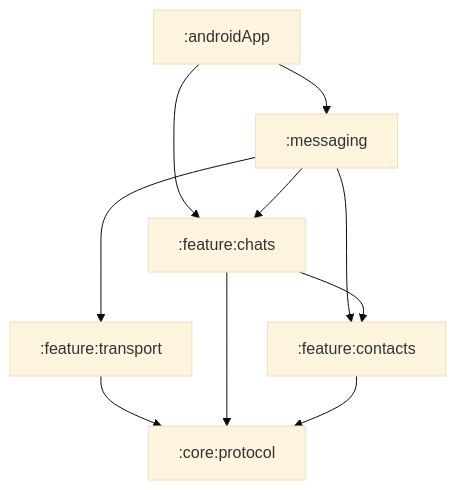
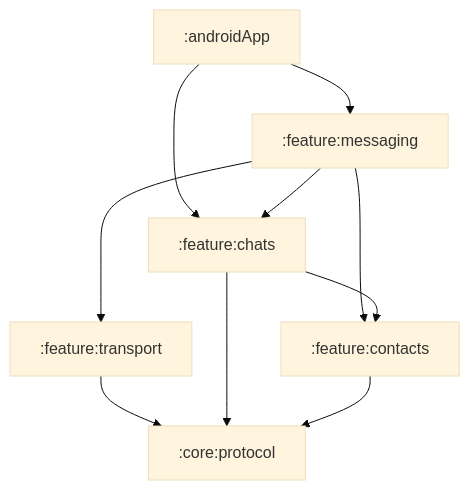
Before and after one commit to cbgm/SecureChat: the diagram in docs/architecture/messaging-boundary.md, drawn with Mermaid (base theme). The commit also changed other lines of this file and 87 other files, not shown here.

Commit message:
Clean up architecture final

````diff
--- a/docs/architecture/messaging-boundary.md
+++ b/docs/architecture/messaging-boundary.md
@@ -17,12 +17,12 @@
 ```mermaid
 flowchart TD
-    App[":androidApp"] --> Messaging[":messaging"]
+    App[":androidApp"] --> Messaging[":feature:messaging"]
     App --> Chats[":feature:chats"]
     Messaging --> Transport[":feature:transport"]
     Messaging --> Chats
     Messaging --> Contacts[":feature:contacts"]
     Chats --> Contacts
     Transport --> Protocol[":core:protocol"]
     Chats --> Protocol
     Contacts --> Protocol
 ```
````
